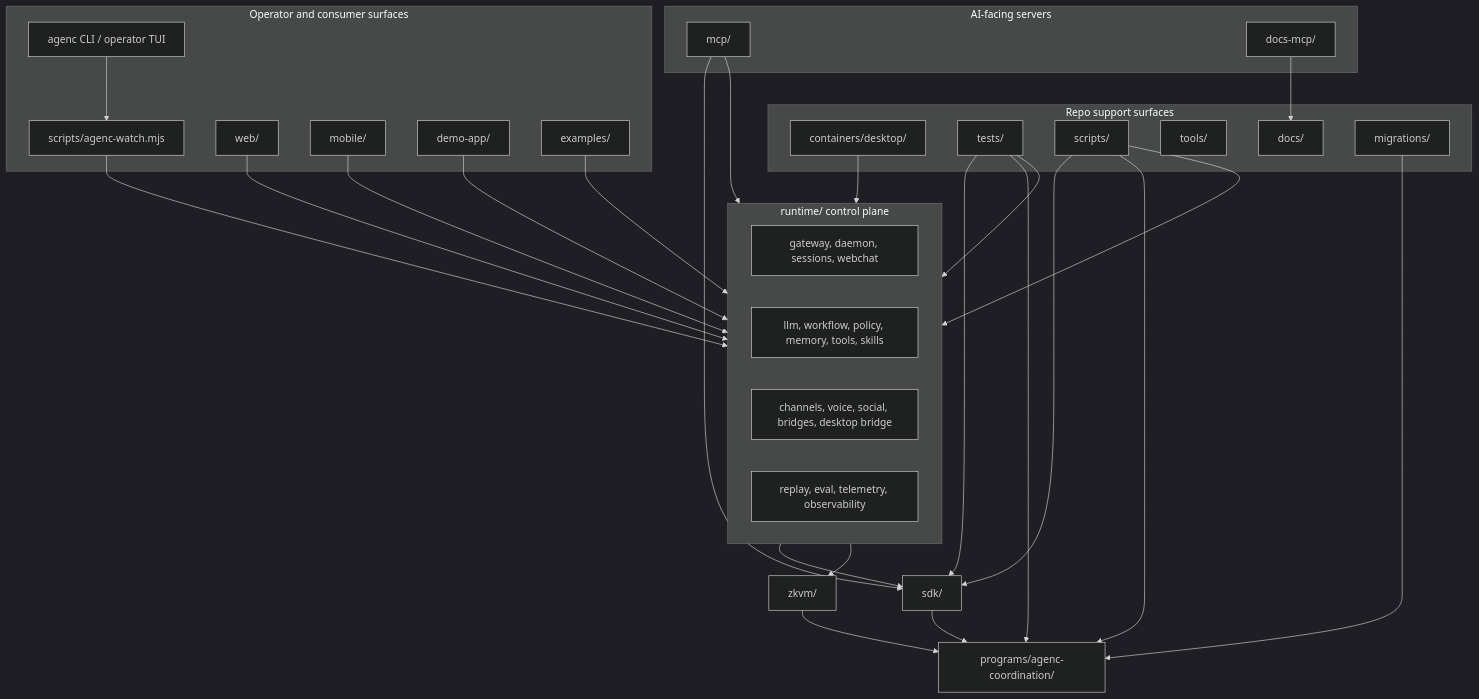
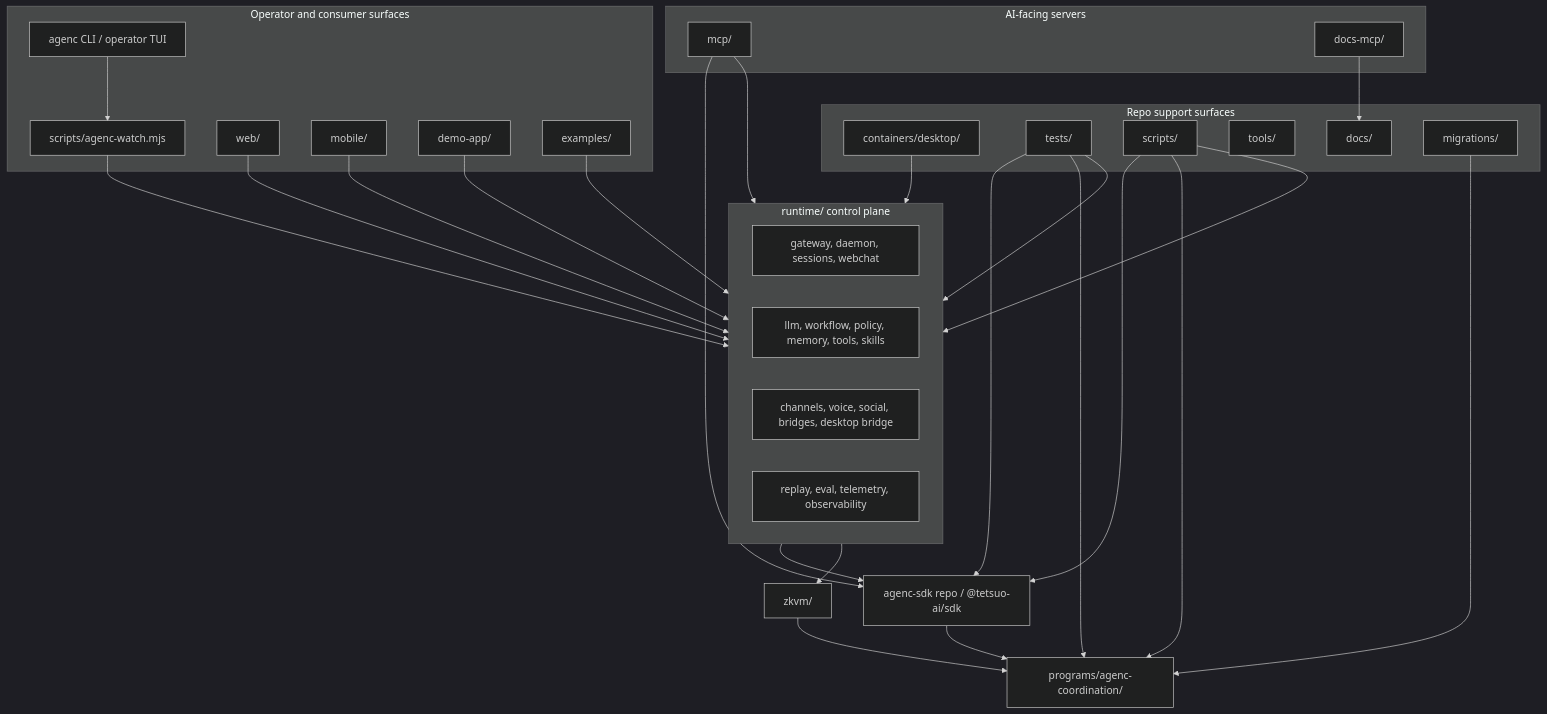
One commit to tetsuo-ai/AgenC changed the diagram in README.md. Above: the diagram before and after it, drawn with Mermaid (dark theme). The commit also changed other lines of this file and 24 other files, not shown here.

Commit message:
refactor(repo): extract agenc-sdk and cut monorepo ownership

````diff
--- a/README.md
+++ b/README.md
@@ -685,58 +686,58 @@
 ```mermaid
 flowchart TB
   subgraph consumers["Operator and consumer surfaces"]
     agenc["agenc CLI / operator TUI"]
     watch["scripts/agenc-watch.mjs"]
     web["web/"]
     mobile["mobile/"]
     demoapp["demo-app/"]
     examples["examples/"]
   end
 
   subgraph services["AI-facing servers"]
     mcp["mcp/"]
     docsmcp["docs-mcp/"]
   end
 
   subgraph runtime["runtime/ control plane"]
     gateway["gateway, daemon, sessions, webchat"]
     execution["llm, workflow, policy, memory, tools, skills"]
     integrations["channels, voice, social, bridges, desktop bridge"]
     reliability["replay, eval, telemetry, observability"]
   end
 
-  sdk["sdk/"]
+  sdk["agenc-sdk repo / @tetsuo-ai/sdk"]
   program["programs/agenc-coordination/"]
   zkvm["zkvm/"]
 
   subgraph support["Repo support surfaces"]
     containers["containers/desktop/"]
     tests["tests/"]
     scripts["scripts/"]
     tools["tools/"]
     docs["docs/"]
     migrations["migrations/"]
   end
 
   agenc --> watch
   watch --> runtime
   web --> runtime
   mobile --> runtime
   demoapp --> runtime
   examples --> runtime
   mcp --> runtime
   mcp --> sdk
   docsmcp --> docs
   runtime --> sdk
   runtime --> zkvm
   sdk --> program
   zkvm --> program
   containers --> runtime
   tests --> runtime
   tests --> sdk
   tests --> program
   scripts --> runtime
   scripts --> sdk
   scripts --> program
   migrations --> program
 ```
````
